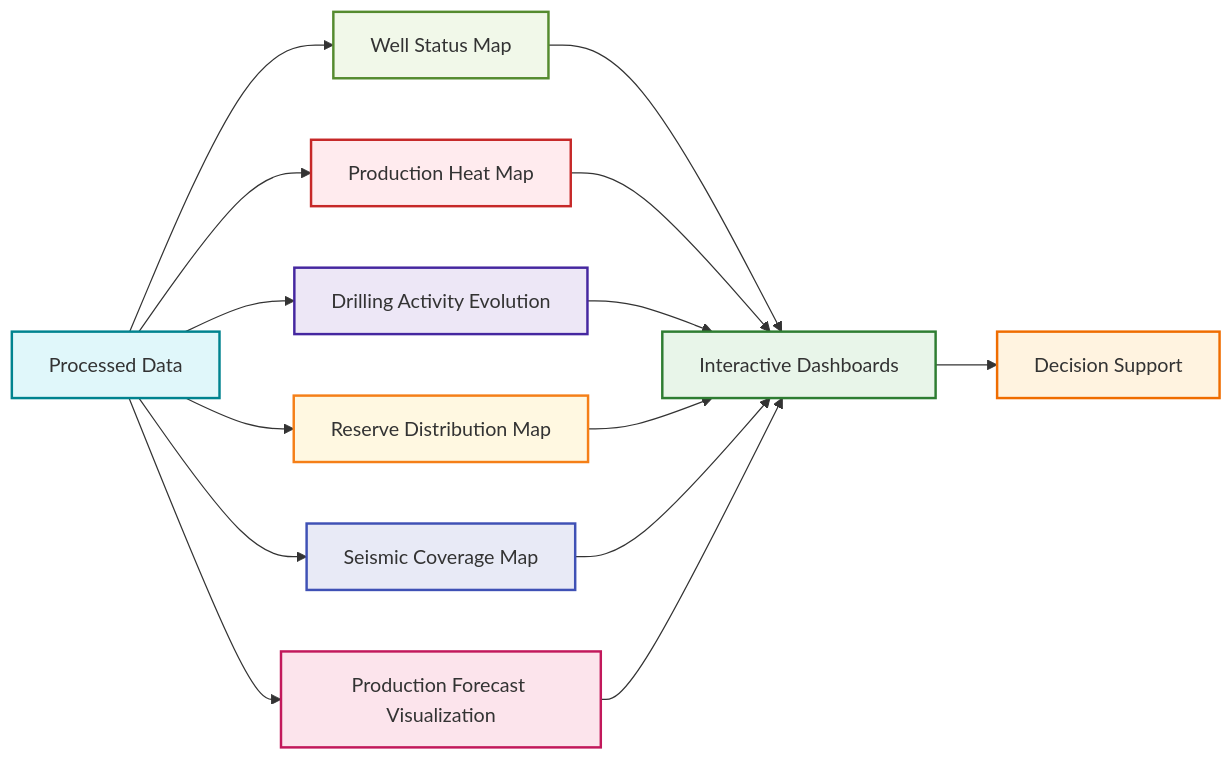
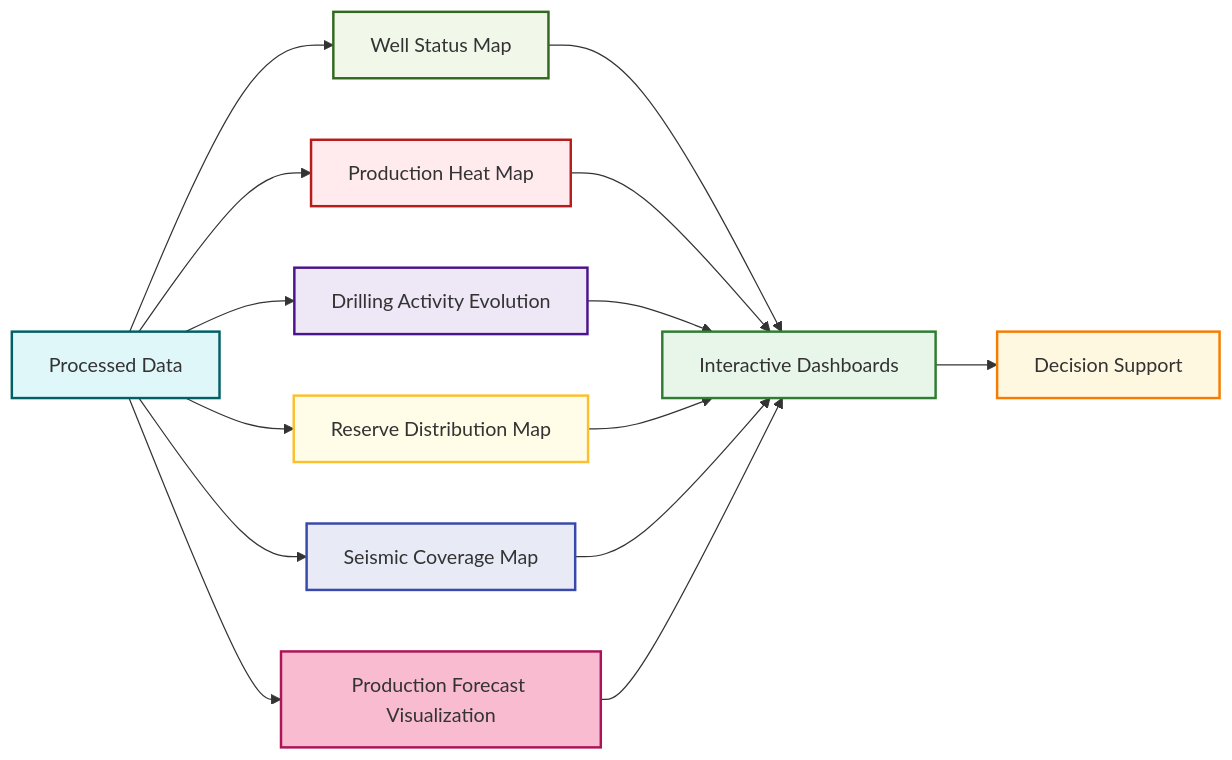
Before and after one commit to sayertindall/ArgGIS: the fourth of 5 diagrams in ArgGIS/README.md, drawn with Mermaid. The commit also changed other lines of this file and 1 other file, not shown here.

````diff
--- a/ArgGIS/README.md
+++ b/ArgGIS/README.md
@@ -286,28 +287,28 @@
 ```mermaid
 flowchart LR
     A["Processed Data"] --> B["Well Status Map"]
     A --> C["Production Heat Map"]
     A --> D["Drilling Activity Evolution"]
     A --> E["Reserve Distribution Map"]
     A --> F["Seismic Coverage Map"]
     A --> G["Production Forecast Visualization"]
 
     B --> H["Interactive Dashboards"]
     C --> H
     D --> H
     E --> H
     F --> H
     G --> H
 
     H --> I["Decision Support"]
 
-    style A fill:#e0f7fa,stroke:#00838f,stroke-width:2px
-    style B fill:#f1f8e9,stroke:#558b2f,stroke-width:2px
-    style C fill:#ffebee,stroke:#c62828,stroke-width:2px
-    style D fill:#ede7f6,stroke:#4527a0,stroke-width:2px
-    style E fill:#fff8e1,stroke:#f57f17,stroke-width:2px
-    style F fill:#e8eaf6,stroke:#3f51b5,stroke-width:2px
-    style G fill:#fce4ec,stroke:#c2185b,stroke-width:2px
+    style A fill:#e0f7fa,stroke:#006064,stroke-width:2px
+    style B fill:#f1f8e9,stroke:#33691e,stroke-width:2px
+    style C fill:#ffebee,stroke:#b71c1c,stroke-width:2px
+    style D fill:#ede7f6,stroke:#4a148c,stroke-width:2px
+    style E fill:#fffde7,stroke:#fbc02d,stroke-width:2px
+    style F fill:#e8eaf6,stroke:#3949ab,stroke-width:2px
+    style G fill:#f8bbd0,stroke:#ad1457,stroke-width:2px
     style H fill:#e8f5e9,stroke:#2e7d32,stroke-width:2px
-    style I fill:#fff3e0,stroke:#ef6c00,stroke-width:2px
+    style I fill:#fff8e1,stroke:#f57c00,stroke-width:2px
 ```
````
